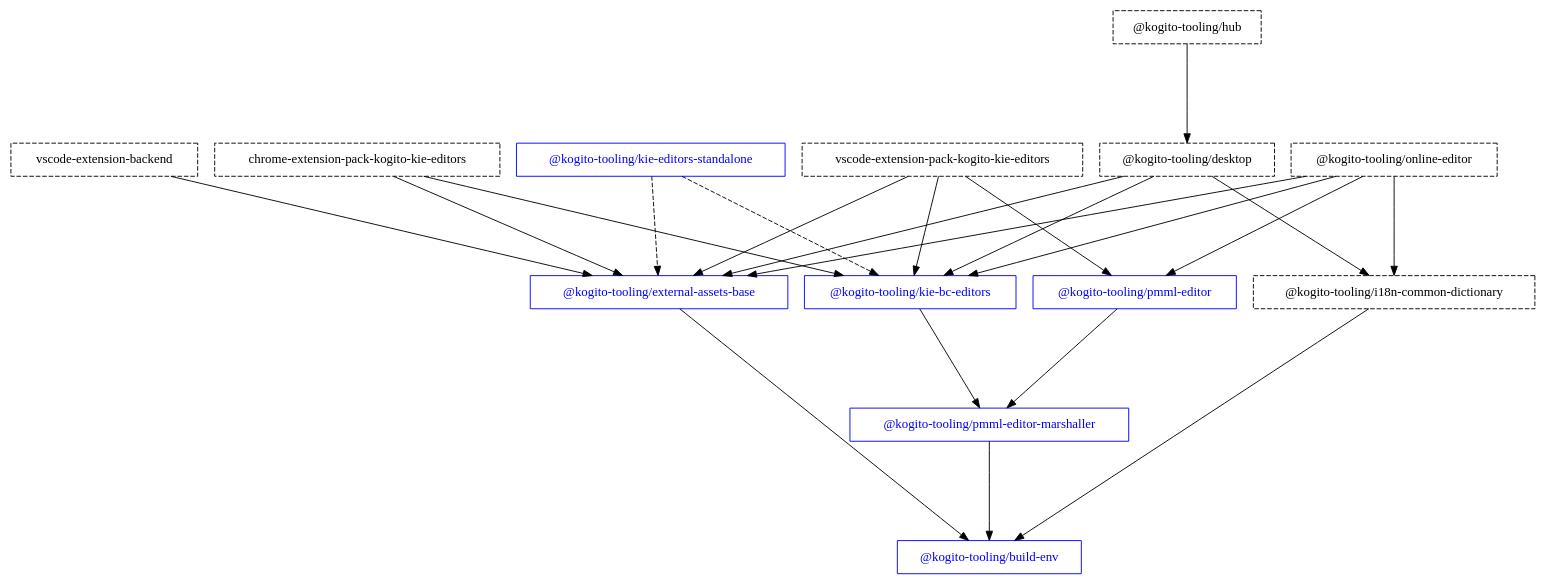
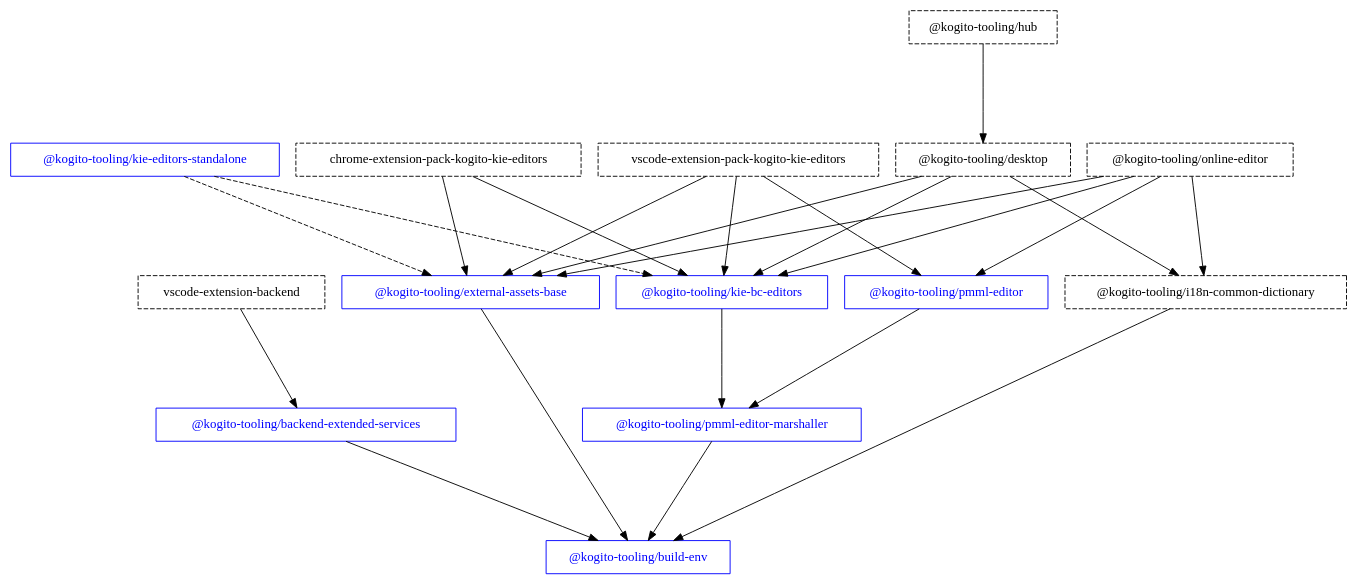
The diagram in packages/build-env/graph.dot (apache/incubator-kie-tools), drawn with Graphviz before and after one commit. The commit also changed 13 other files, not shown here.

Commit message:
Incorporate kogito-tooling-java (backend-extended-services)

```diff
--- a/packages/build-env/graph.dot
+++ b/packages/build-env/graph.dot
@@ -1,38 +1,40 @@
 digraph G {
   graph [ ranksep =1.5, splines = "line" ];
   node [ shape =box ];
+  "@kogito-tooling/backend-extended-services" [ color = "blue", fontcolor = "blue" ];
   "@kogito-tooling/build-env" [ color = "blue", fontcolor = "blue" ];
   "chrome-extension-pack-kogito-kie-editors" [ style = "dashed" ];
   "@kogito-tooling/external-assets-base" [ color = "blue", fontcolor = "blue" ];
   "@kogito-tooling/kie-bc-editors" [ color = "blue", fontcolor = "blue" ];
   "@kogito-tooling/desktop" [ style = "dashed" ];
   "@kogito-tooling/i18n-common-dictionary" [ style = "dashed" ];
   "@kogito-tooling/hub" [ style = "dashed" ];
   "@kogito-tooling/pmml-editor-marshaller" [ color = "blue", fontcolor = "blue" ];
   "@kogito-tooling/kie-editors-standalone" [ color = "blue", fontcolor = "blue" ];
   "@kogito-tooling/online-editor" [ style = "dashed" ];
   "@kogito-tooling/pmml-editor" [ color = "blue", fontcolor = "blue" ];
   "vscode-extension-backend" [ style = "dashed" ];
   "vscode-extension-pack-kogito-kie-editors" [ style = "dashed" ];
+  "@kogito-tooling/backend-extended-services" -> "@kogito-tooling/build-env" [ style = "solid" ];
   "chrome-extension-pack-kogito-kie-editors" -> "@kogito-tooling/external-assets-base" [ style = "solid" ];
   "chrome-extension-pack-kogito-kie-editors" -> "@kogito-tooling/kie-bc-editors" [ style = "solid" ];
   "@kogito-tooling/desktop" -> "@kogito-tooling/external-assets-base" [ style = "solid" ];
   "@kogito-tooling/desktop" -> "@kogito-tooling/i18n-common-dictionary" [ style = "solid" ];
   "@kogito-tooling/desktop" -> "@kogito-tooling/kie-bc-editors" [ style = "solid" ];
   "@kogito-tooling/external-assets-base" -> "@kogito-tooling/build-env" [ style = "solid" ];
   "@kogito-tooling/hub" -> "@kogito-tooling/desktop" [ style = "solid" ];
   "@kogito-tooling/i18n-common-dictionary" -> "@kogito-tooling/build-env" [ style = "solid" ];
   "@kogito-tooling/kie-bc-editors" -> "@kogito-tooling/pmml-editor-marshaller" [ style = "solid" ];
   "@kogito-tooling/kie-editors-standalone" -> "@kogito-tooling/external-assets-base" [ style = "dashed" ];
   "@kogito-tooling/kie-editors-standalone" -> "@kogito-tooling/kie-bc-editors" [ style = "dashed" ];
   "@kogito-tooling/online-editor" -> "@kogito-tooling/external-assets-base" [ style = "solid" ];
   "@kogito-tooling/online-editor" -> "@kogito-tooling/i18n-common-dictionary" [ style = "solid" ];
   "@kogito-tooling/online-editor" -> "@kogito-tooling/kie-bc-editors" [ style = "solid" ];
   "@kogito-tooling/online-editor" -> "@kogito-tooling/pmml-editor" [ style = "solid" ];
   "@kogito-tooling/pmml-editor" -> "@kogito-tooling/pmml-editor-marshaller" [ style = "solid" ];
   "@kogito-tooling/pmml-editor-marshaller" -> "@kogito-tooling/build-env" [ style = "solid" ];
-  "vscode-extension-backend" -> "@kogito-tooling/external-assets-base" [ style = "solid" ];
+  "vscode-extension-backend" -> "@kogito-tooling/backend-extended-services" [ style = "solid" ];
   "vscode-extension-pack-kogito-kie-editors" -> "@kogito-tooling/external-assets-base" [ style = "solid" ];
   "vscode-extension-pack-kogito-kie-editors" -> "@kogito-tooling/kie-bc-editors" [ style = "solid" ];
   "vscode-extension-pack-kogito-kie-editors" -> "@kogito-tooling/pmml-editor" [ style = "solid" ];
 }
```
